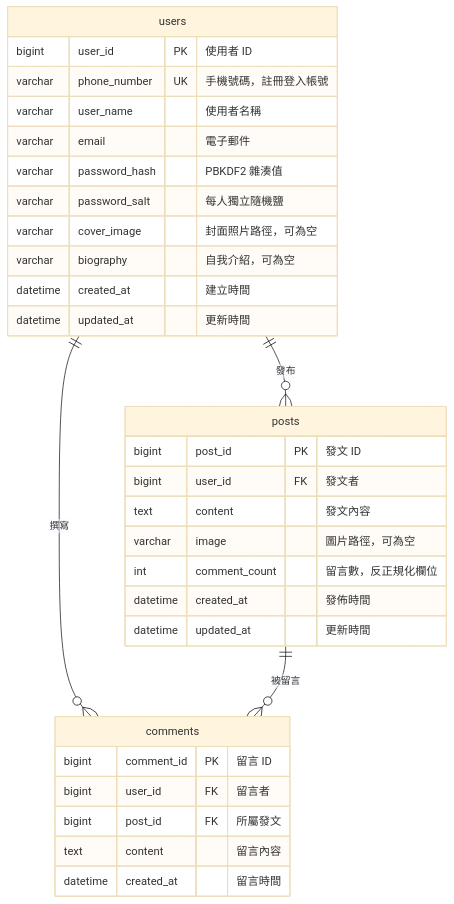
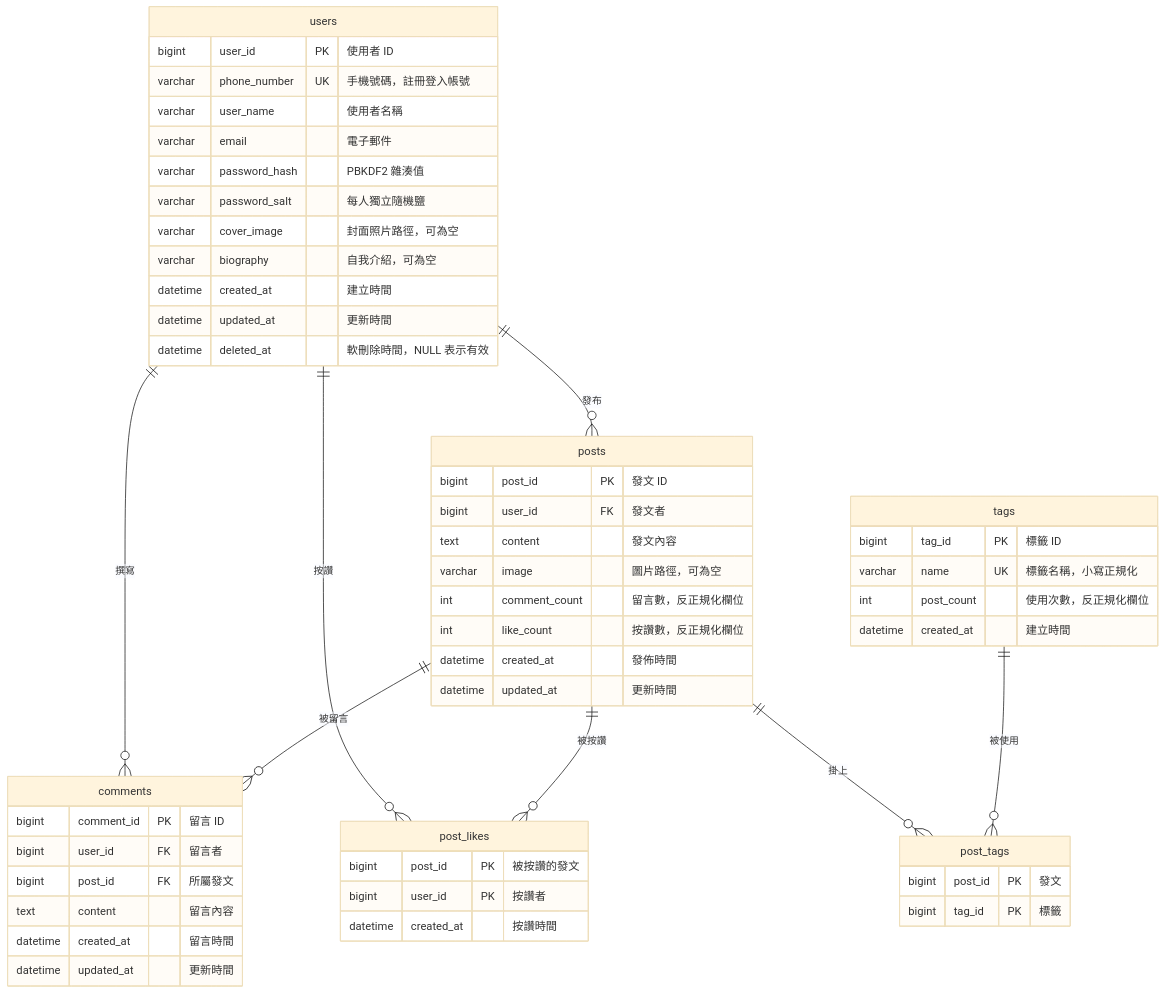
The diagram in DB/README.md (Rue1216/message-me), drawn with Mermaid (base theme) before and after one commit. The commit also changed other lines of this file and 127 other files, not shown here.

````diff
--- a/DB/README.md
+++ b/DB/README.md
@@ -21,37 +21,62 @@
 ```mermaid
 erDiagram
     users ||--o{ posts : "發布"
     users ||--o{ comments : "撰寫"
     posts ||--o{ comments : "被留言"
+    users ||--o{ post_likes : "按讚"
+    posts ||--o{ post_likes : "被按讚"
+    posts ||--o{ post_tags : "掛上"
+    tags  ||--o{ post_tags : "被使用"
 
     users {
         bigint user_id PK "使用者 ID"
         varchar phone_number UK "手機號碼，註冊登入帳號"
         varchar user_name "使用者名稱"
         varchar email "電子郵件"
         varchar password_hash "PBKDF2 雜湊值"
         varchar password_salt "每人獨立隨機鹽"
         varchar cover_image "封面照片路徑，可為空"
         varchar biography "自我介紹，可為空"
         datetime created_at "建立時間"
         datetime updated_at "更新時間"
+        datetime deleted_at "軟刪除時間，NULL 表示有效"
     }
 
     posts {
         bigint post_id PK "發文 ID"
         bigint user_id FK "發文者"
         text content "發文內容"
         varchar image "圖片路徑，可為空"
         int comment_count "留言數，反正規化欄位"
+        int like_count "按讚數，反正規化欄位"
         datetime created_at "發佈時間"
         datetime updated_at "更新時間"
     }
 
     comments {
         bigint comment_id PK "留言 ID"
         bigint user_id FK "留言者"
         bigint post_id FK "所屬發文"
         text content "留言內容"
         datetime created_at "留言時間"
+        datetime updated_at "更新時間"
+    }
+
+    post_likes {
+        bigint post_id PK "被按讚的發文"
+        bigint user_id PK "按讚者"
+        datetime created_at "按讚時間"
+    }
+
+    tags {
+        bigint tag_id PK "標籤 ID"
+        varchar name UK "標籤名稱，小寫正規化"
+        int post_count "使用次數，反正規化欄位"
+        datetime created_at "建立時間"
+    }
+
+    post_tags {
+        bigint post_id PK "發文"
+        bigint tag_id PK "標籤"
     }
 ```
````
